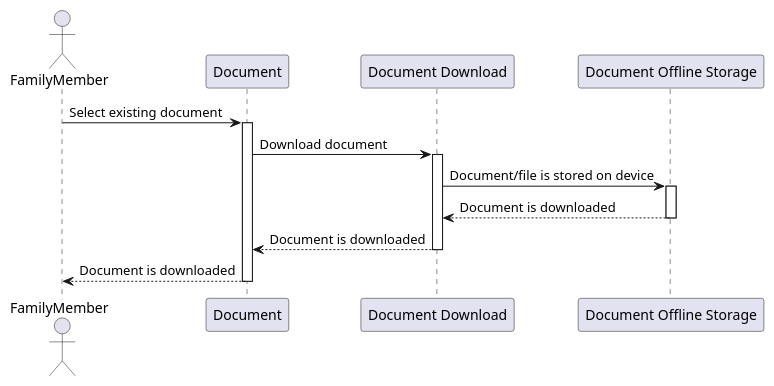
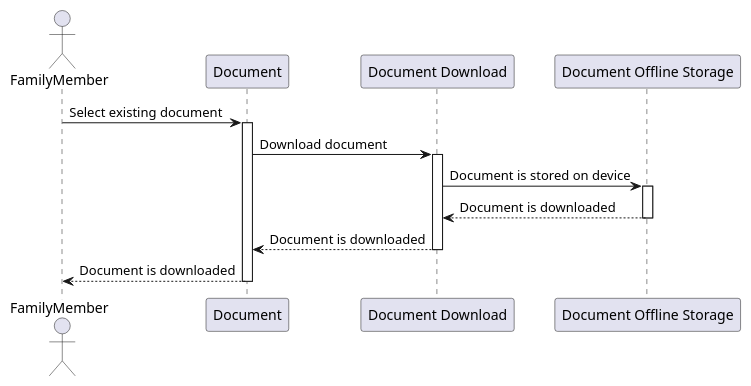
The diagram in architecture/sequence_document download.puml (barnalismollich/coyotiv-barnali-smollich), drawn with PlantUML before and after one commit. The commit also changed 5 other files, not shown here.

```diff
--- a/architecture/sequence_document download.puml
+++ b/architecture/sequence_document download.puml
@@ -1,26 +1,26 @@
 @startuml sequence.puml
 
 actor FamilyMember
 participant "Document" as A
 participant "Document Download" as B
 participant "Document Offline Storage" as C
 
 FamilyMember -> A: Select existing document
 activate A
 
 A -> B: Download document
 activate B
 
-B -> C: Document/file is stored on device
+B -> C: Document is stored on device
 activate C
 
 C--> B: Document is downloaded
 deactivate C
 
 B -->A: Document is downloaded
 deactivate B
 
 A --> FamilyMember: Document is downloaded
 deactivate A
 
 @enduml
```
